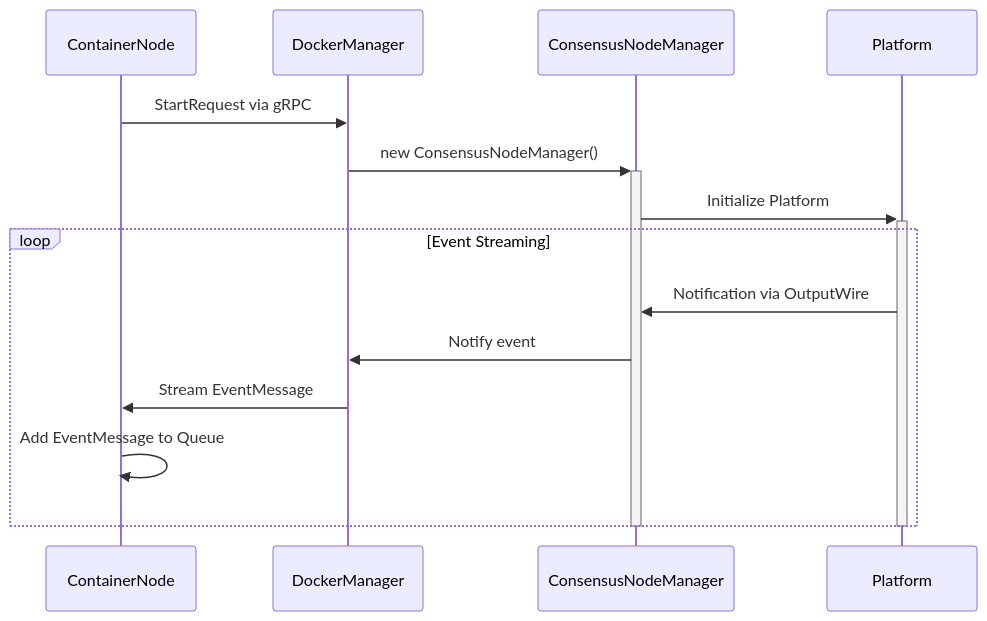
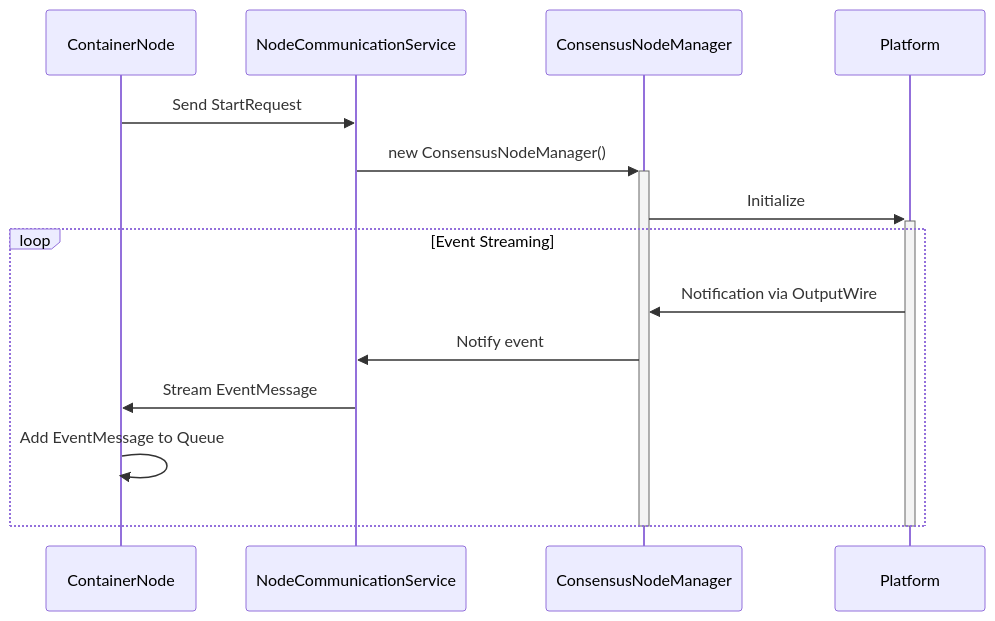
The fourth of 5 diagrams in platform-sdk/consensus-otter-tests/docs/container-environment.md (quiet-node/hiero-consensus-node), drawn with Mermaid before and after one commit. The commit also changed other lines of this file, not shown here.

Commit message:
chore: Update Otter Container docs (#20657)

````diff
--- a/platform-sdk/consensus-otter-tests/docs/container-environment.md
+++ b/platform-sdk/consensus-otter-tests/docs/container-environment.md
@@ -310,20 +344,21 @@
 ```mermaid
 sequenceDiagram
     participant ContainerNode
-    participant DockerManager
+    participant NodeCommunicationService
     participant ConsensusNodeManager
     participant Platform
-    ContainerNode ->> DockerManager: StartRequest via gRPC
-    DockerManager ->>+ ConsensusNodeManager: new ConsensusNodeManager()
-    ConsensusNodeManager ->>+ Platform: Initialize Platform
+
+    ContainerNode ->> NodeCommunicationService: Send StartRequest
+    NodeCommunicationService ->>+ ConsensusNodeManager: new ConsensusNodeManager()
+    ConsensusNodeManager ->>+ Platform: Initialize
 
     loop Event Streaming
         Platform ->> ConsensusNodeManager: Notification via OutputWire
-        ConsensusNodeManager ->> DockerManager: Notify event
-        DockerManager ->> ContainerNode: Stream EventMessage
+        ConsensusNodeManager ->> NodeCommunicationService: Notify event
+        NodeCommunicationService ->> ContainerNode: Stream EventMessage
         ContainerNode ->> ContainerNode: Add EventMessage to Queue
     end
 
     deactivate ConsensusNodeManager
     deactivate Platform
 ```
````
